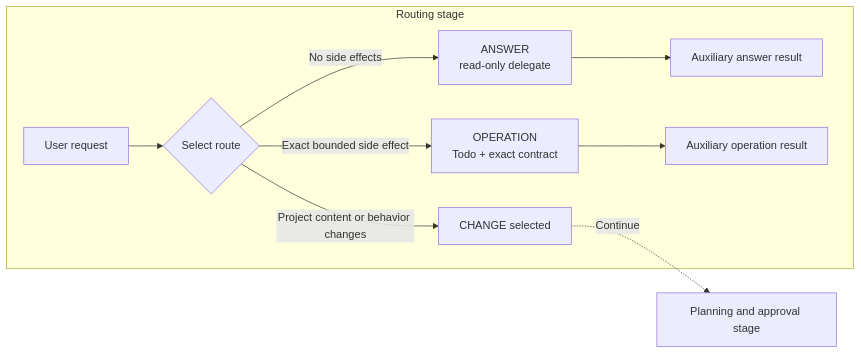
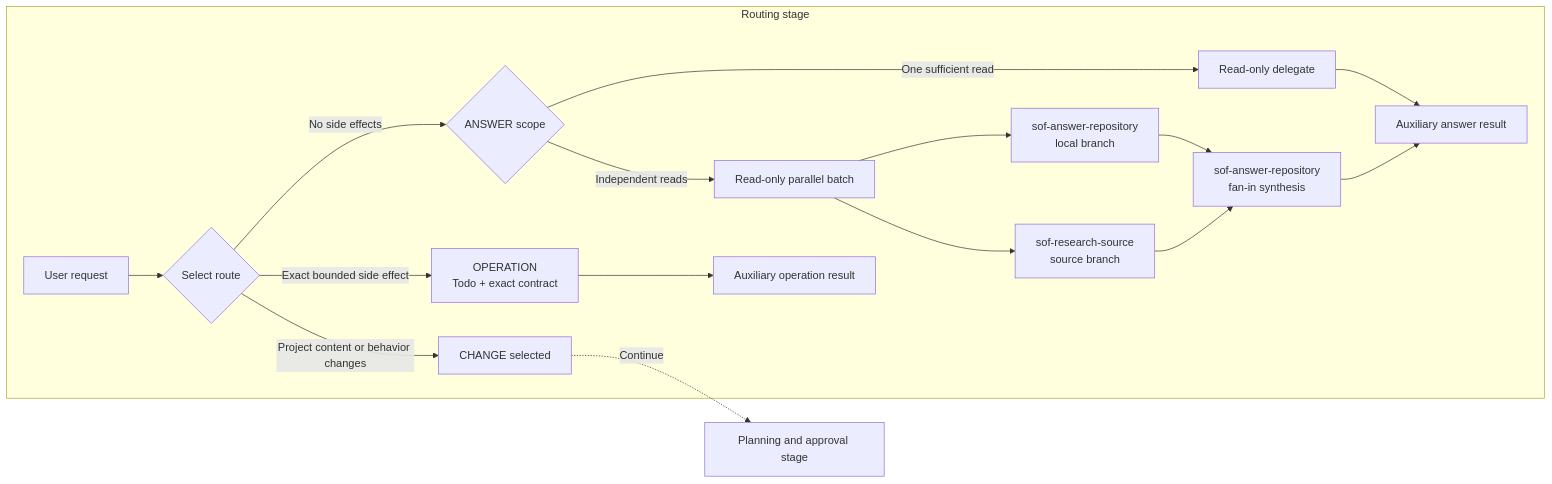
The first of 3 diagrams in README.md (zhenyumi/simple-opencode-flow), drawn with Mermaid before and after one commit. The commit also changed other lines of this file and 6 other files, not shown here.

Commit message:
Add read-only parallel flow rules

````diff
--- a/README.md
+++ b/README.md
@@ -71,12 +71,19 @@
 ```mermaid
 flowchart LR
     subgraph ROUTING["Routing stage"]
         U["User request"] --> R{"Select route"}
-        R -- "No side effects" --> A["ANSWER<br/>read-only delegate"]
+        R -- "No side effects" --> A{"ANSWER scope"}
+        A -- "One sufficient read" --> AD["Read-only delegate"]
+        A -- "Independent reads" --> PB["Read-only parallel batch"]
+        PB --> L["sof-answer-repository<br/>local branch"]
+        PB --> S["sof-research-source<br/>source branch"]
+        L --> SYN["sof-answer-repository<br/>fan-in synthesis"]
+        S --> SYN
+        AD --> AR["Auxiliary answer result"]
+        SYN --> AR
         R -- "Exact bounded side effect" --> O["OPERATION<br/>Todo + exact contract"]
         R -- "Project content or behavior changes" --> C["CHANGE selected"]
-        A --> AR["Auxiliary answer result"]
         O --> OR["Auxiliary operation result"]
     end
     C -. "Continue" .-> PS["Planning and approval stage"]
 ```
````
